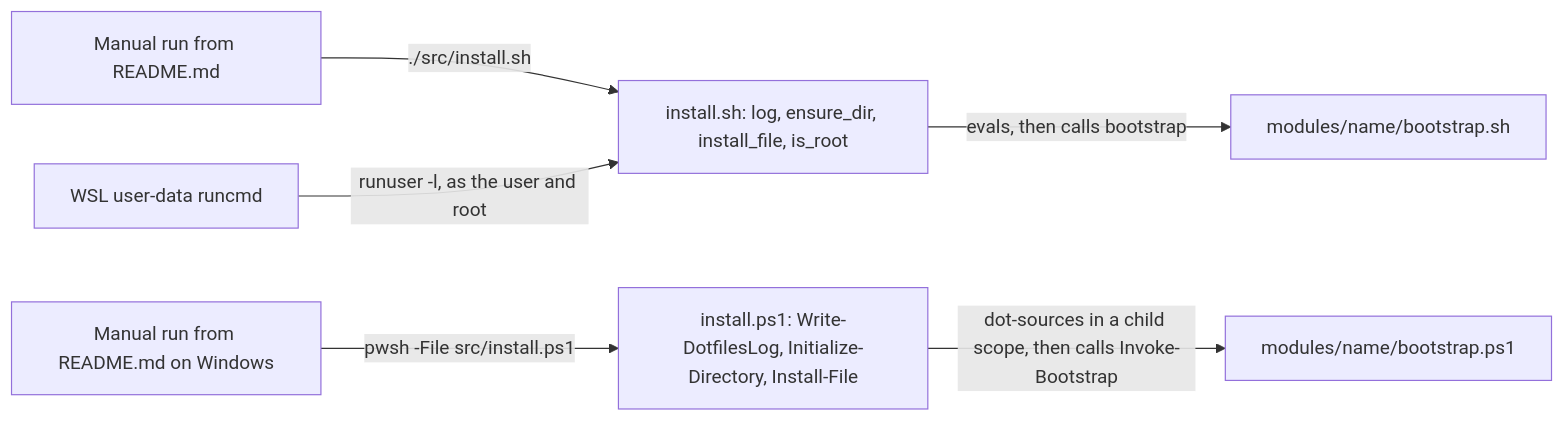
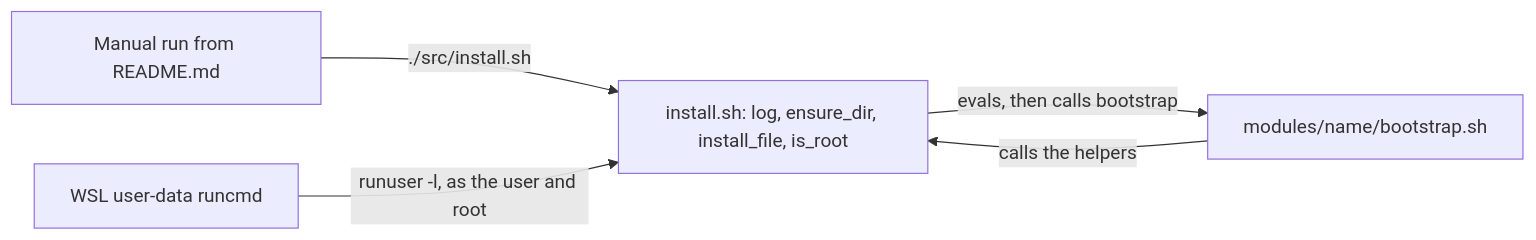
One commit to froazin/dotfiles changed the first of 2 diagrams in docs/installer.md. Above: the diagram before and after it, drawn with Mermaid. The commit also changed other lines of this file and 39 other files, not shown here.

````diff
--- a/docs/installer.md
+++ b/docs/installer.md
@@ -33,10 +22,9 @@
 ```mermaid
 flowchart LR
-    accTitle: Where the installers sit
-    accDescr: A person or the WSL user-data runs install.sh, which defines the helpers and evaluates each module's bootstrap.sh. On Windows a person runs install.ps1, which defines the PowerShell helpers and dot-sources each module's bootstrap.ps1 in a scope of its own.
+    accTitle: Where the installer sits
+    accDescr: A person or the WSL user-data runs install.sh, which defines the helpers and evaluates each module's bootstrap.sh, which calls them.
     readme["Manual run from README.md"] -->|"./src/install.sh"| install["install.sh: log, ensure_dir, install_file, is_root"]
     userdata["WSL user-data runcmd"] -->|"runuser -l, as the user and root"| install
     install -->|"evals, then calls bootstrap"| modules["modules/name/bootstrap.sh"]
-    readmeWin["Manual run from README.md on Windows"] -->|"pwsh -File src/install.ps1"| installPs["install.ps1: Write-DotfilesLog, Initialize-Directory, Install-File"]
-    installPs -->|"dot-sources in a child scope, then calls Invoke-Bootstrap"| modulesPs["modules/name/bootstrap.ps1"]
+    modules -->|"calls the helpers"| install
 ```
````
